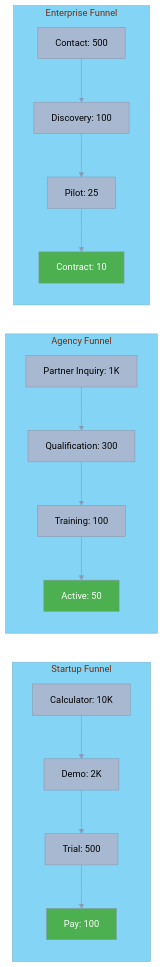
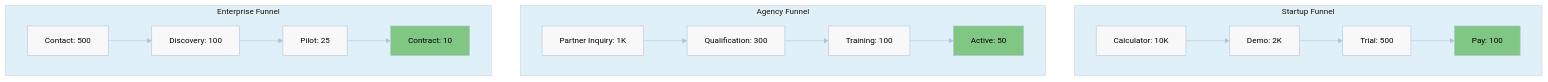
Before and after one commit to o2alexanderfedin/AI-Hive-Business-Docs: diagram 16 of 18 in business-documents/competitive-positioning/06-go-to-market-positioning.md, drawn with Mermaid. The commit also changed other lines of this file, not shown here.

First line of the commit message:
Update go-to-market positioning diagrams to lighter color scheme

````diff
--- a/business-documents/competitive-positioning/06-go-to-market-positioning.md
+++ b/business-documents/competitive-positioning/06-go-to-market-positioning.md
@@ -854,36 +944,42 @@
 ```mermaid
 %%{init: {
   'theme': 'base',
   'themeVariables': {
-    'primaryColor': '#A8B8D0',
+    'primaryColor': '#E0E8F0',
     'primaryTextColor': '#000000',
-    'primaryBorderColor': '#8A9AB2',
-    'lineColor': '#8A9AB2',
-    'secondaryColor': '#5DBCB6',
-    'tertiaryColor': '#84D4F5',
-    'background': '#F5F5F5'
+    'primaryBorderColor': '#B0C5D8',
+    'lineColor': '#B0C5D8',
+    'secondaryColor': '#D5E8E0',
+    'tertiaryColor': '#E0F0F8',
+    'background': '#FFFFFF',
+    'mainBkg': '#F8F8F8',
+    'secondBkg': '#F0F0F0',
+    'darkMode': false,
+    'fontFamily': 'Arial, sans-serif',
+    'fontSize': '14px',
+    'textColor': '#000000'
   }
 }}%%
-graph LR
+graph TD
     subgraph "Startup Funnel"
         A1[Calculator: 10K] --> A2[Demo: 2K]
         A2 --> A3[Trial: 500]
         A3 --> A4[Pay: 100]
     end
 
     subgraph "Agency Funnel"
         B1[Partner Inquiry: 1K] --> B2[Qualification: 300]
         B2 --> B3[Training: 100]
         B3 --> B4[Active: 50]
     end
 
     subgraph "Enterprise Funnel"
         C1[Contact: 500] --> C2[Discovery: 100]
         C2 --> C3[Pilot: 25]
         C3 --> C4[Contract: 10]
     end
 
-    style A4 fill:#4CAF50,color:#fff
-    style B4 fill:#4CAF50,color:#fff
-    style C4 fill:#4CAF50,color:#fff
+    style A4 fill:#81C784,color:#000000
+    style B4 fill:#81C784,color:#000000
+    style C4 fill:#81C784,color:#000000
 ```
````
